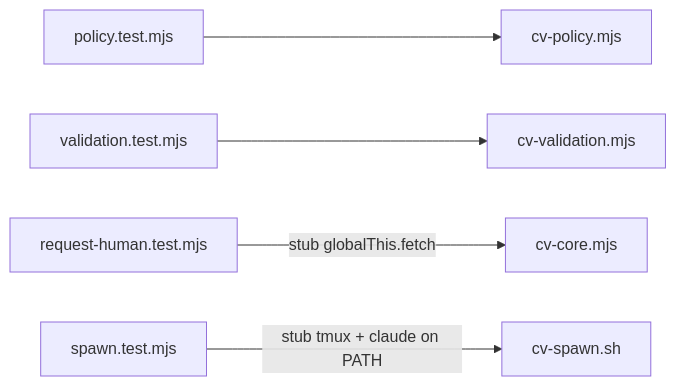
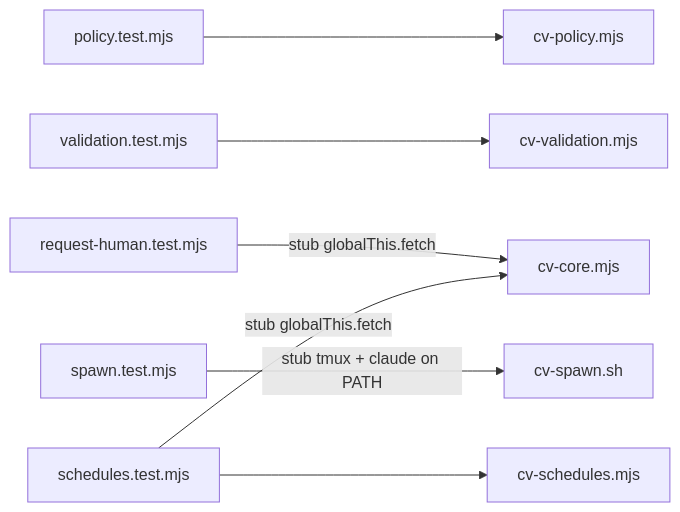
Before and after one commit to Promises/claudiverse: the diagram in docs/reference/runners/testing.md, drawn with Mermaid. The commit also changed other lines of this file and 29 other files, not shown here.

````diff
--- a/docs/reference/runners/testing.md
+++ b/docs/reference/runners/testing.md
@@ -9,7 +9,9 @@
 ```mermaid
 flowchart LR
   P[policy.test.mjs] --> CP[cv-policy.mjs]
   V[validation.test.mjs] --> CV[cv-validation.mjs]
   R[request-human.test.mjs] -->|stub globalThis.fetch| CC[cv-core.mjs]
   S[spawn.test.mjs] -->|stub tmux + claude on PATH| SH[cv-spawn.sh]
+  SC[schedules.test.mjs] -->|stub globalThis.fetch| CC
+  SC --> CS[cv-schedules.mjs]
 ```
````
